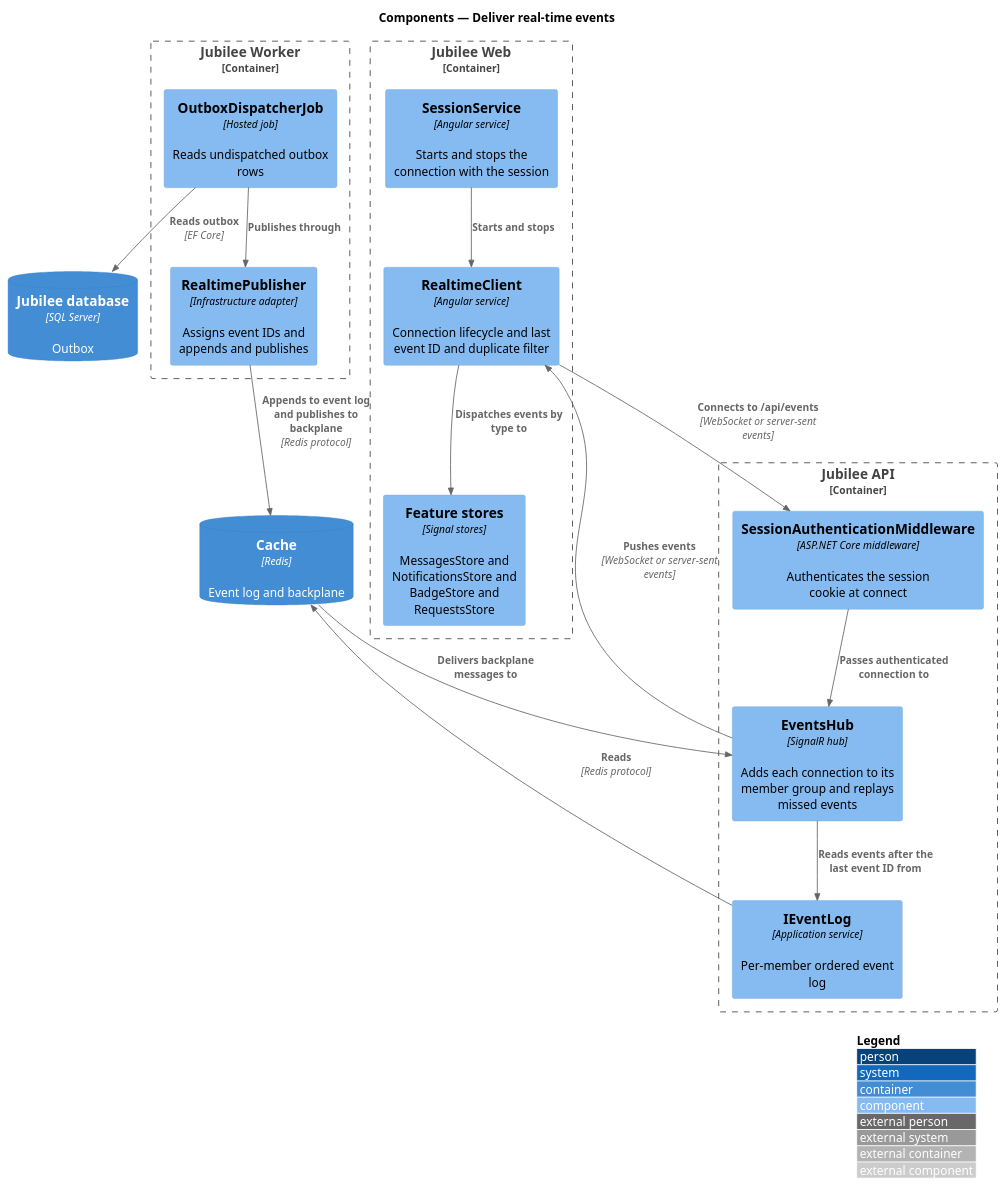
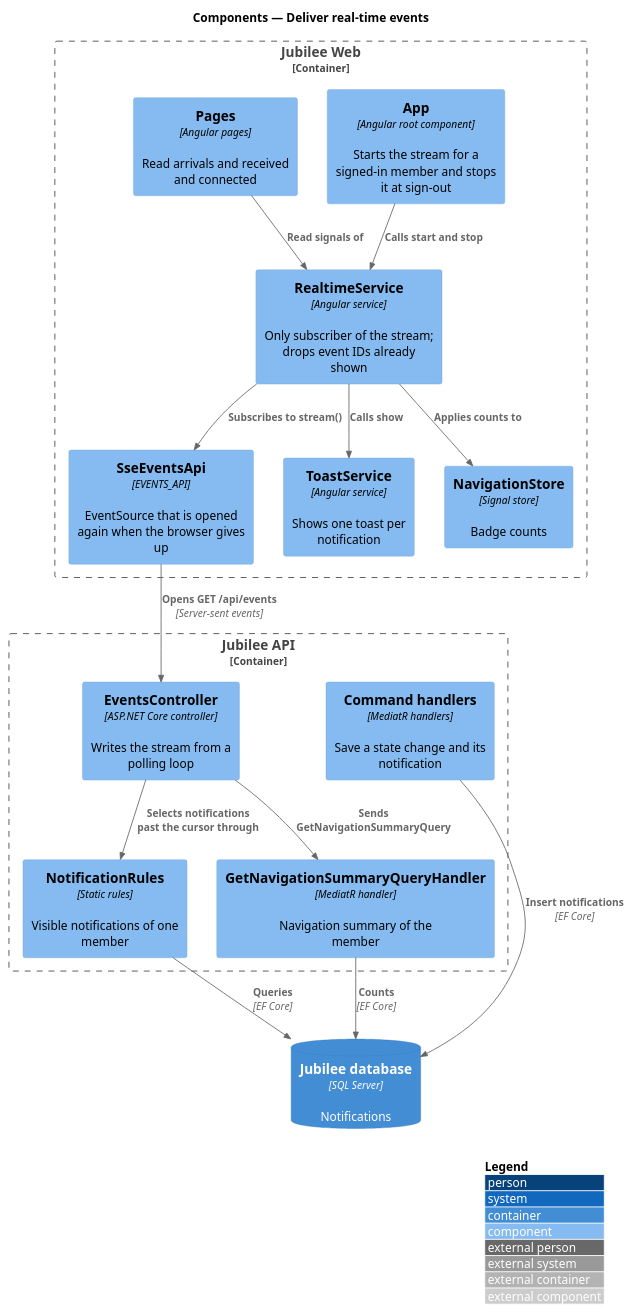
Before and after one commit to QuinntyneBrown/jubilee: the diagram in docs/detailed-designs/notifications/deliver-real-time-events/diagrams/c4-component.puml, drawn with PlantUML. The commit also changed 81 other files, not shown here.

```diff
--- a/docs/detailed-designs/notifications/deliver-real-time-events/diagrams/c4-component.puml
+++ b/docs/detailed-designs/notifications/deliver-real-time-events/diagrams/c4-component.puml
@@ -1,34 +1,33 @@
 @startuml
 !include <C4/C4_Component>
 LAYOUT_WITH_LEGEND()
 title Components — Deliver real-time events
 
 Container_Boundary(web, "Jubilee Web") {
-  Component(rt, "RealtimeClient", "Angular service", "Connection lifecycle and last event ID and duplicate filter")
-  Component(session, "SessionService", "Angular service", "Starts and stops the connection with the session")
-  Component(stores, "Feature stores", "Signal stores", "MessagesStore and NotificationsStore and BadgeStore and RequestsStore")
+  Component(app, "App", "Angular root component", "Starts the stream for a signed-in member and stops it at sign-out")
+  Component(rt, "RealtimeService", "Angular service", "Only subscriber of the stream; drops event IDs already shown")
+  Component(sse, "SseEventsApi", "EVENTS_API", "EventSource that is opened again when the browser gives up")
+  Component(toasts, "ToastService", "Angular service", "Shows one toast per notification")
+  Component(nav, "NavigationStore", "Signal store", "Badge counts")
+  Component(pages, "Pages", "Angular pages", "Read arrivals and received and connected")
 }
 Container_Boundary(api, "Jubilee API") {
-  Component(auth, "SessionAuthenticationMiddleware", "ASP.NET Core middleware", "Authenticates the session cookie at connect")
-  Component(hub, "EventsHub", "SignalR hub", "Adds each connection to its member group and replays missed events")
-  Component(log, "IEventLog", "Application service", "Per-member ordered event log")
+  Component(events, "EventsController", "ASP.NET Core controller", "Writes the stream from a polling loop")
+  Component(rules, "NotificationRules", "Static rules", "Visible notifications of one member")
+  Component(counts, "GetNavigationSummaryQueryHandler", "MediatR handler", "Navigation summary of the member")
+  Component(handlers, "Command handlers", "MediatR handlers", "Save a state change and its notification")
 }
-Container_Boundary(worker, "Jubilee Worker") {
-  Component(outbox, "OutboxDispatcherJob", "Hosted job", "Reads undispatched outbox rows")
-  Component(pub, "RealtimePublisher", "Infrastructure adapter", "Assigns event IDs and appends and publishes")
-}
-ContainerDb(db, "Jubilee database", "SQL Server", "Outbox")
-ContainerDb(cache, "Cache", "Redis", "Event log and backplane")
+ContainerDb(db, "Jubilee database", "SQL Server", "Notifications")
 
-Rel(session, rt, "Starts and stops")
-Rel(rt, stores, "Dispatches events by type to")
-Rel(rt, auth, "Connects to /api/events", "WebSocket or server-sent events")
-Rel(auth, hub, "Passes authenticated connection to")
-Rel(hub, rt, "Pushes events", "WebSocket or server-sent events")
-Rel(hub, log, "Reads events after the last event ID from")
-Rel(log, cache, "Reads", "Redis protocol")
-Rel(outbox, db, "Reads outbox", "EF Core")
-Rel(outbox, pub, "Publishes through")
-Rel(pub, cache, "Appends to event log and publishes to backplane", "Redis protocol")
-Rel(cache, hub, "Delivers backplane messages to")
+Rel(app, rt, "Calls start and stop")
+Rel(rt, sse, "Subscribes to stream()")
+Rel(sse, events, "Opens GET /api/events", "Server-sent events")
+Rel(rt, toasts, "Calls show")
+Rel(rt, nav, "Applies counts to")
+Rel(pages, rt, "Read signals of")
+Rel(events, rules, "Selects notifications past the cursor through")
+Rel(events, counts, "Sends GetNavigationSummaryQuery")
+Rel(rules, db, "Queries", "EF Core")
+Rel(counts, db, "Counts", "EF Core")
+Rel(handlers, db, "Insert notifications", "EF Core")
 @enduml
```
